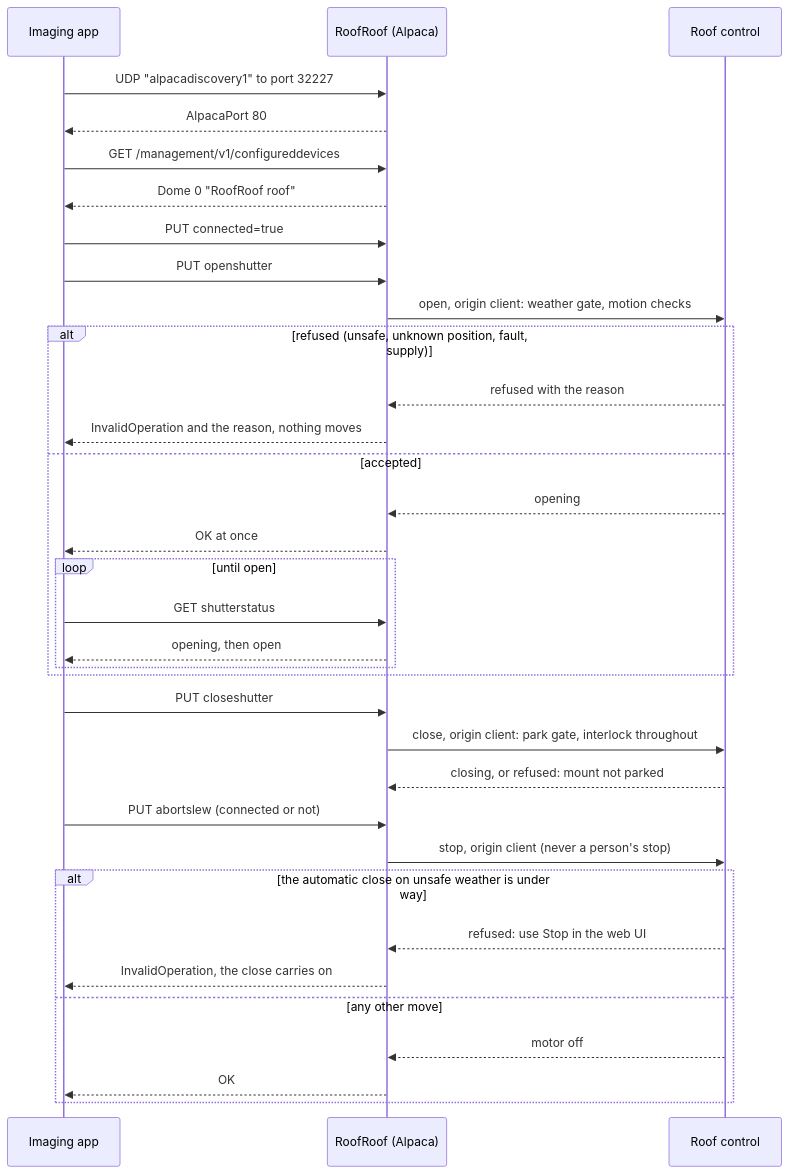
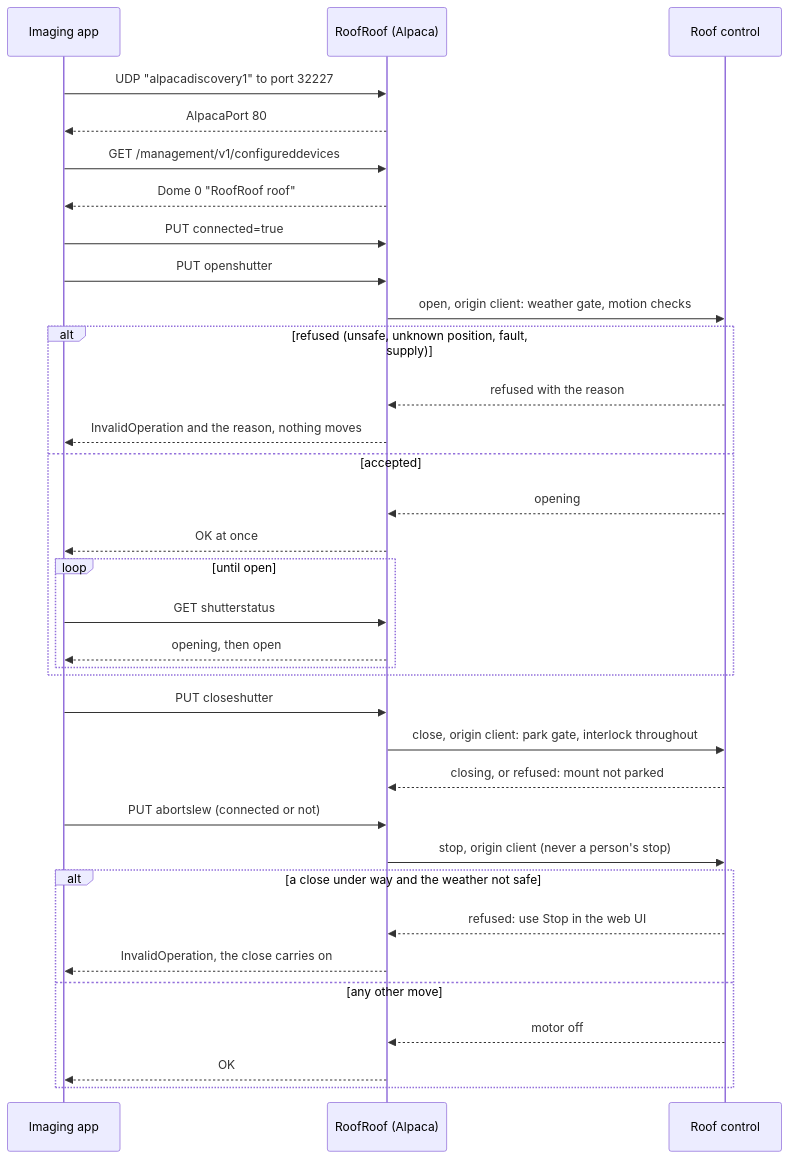
The diagram in docs/user-guide/alpaca.md (DeanJ87/RoofRoof), drawn with Mermaid before and after one commit. The commit also changed other lines of this file and 18 other files, not shown here.

Commit message:
006: third review fixes - a client's stop is refused while any close runs or waits and the weather isn't safe, whoever started it (no origin bookkeeping in the glue); a combined test of client close/stop loops against the real close sequence; docs and spec aligned

````diff
--- a/docs/user-guide/alpaca.md
+++ b/docs/user-guide/alpaca.md
@@ -97,38 +97,38 @@
 ```mermaid
 sequenceDiagram
     accTitle: An imaging app drives the roof's Dome
-    accDescr: The app finds RoofRoof by UDP discovery and lists its one Dome. It connects. OpenShutter goes through the same weather check (and is refused while the roof is closing), and CloseShutter through the same park check, as the web UI's buttons; a refused command returns InvalidOperation with the reason and nothing moves, an accepted one returns at once and the app polls ShutterStatus until open or closed. Open and close need a connected client. AbortSlew stops the roof at once, connected or not, except the automatic close on unsafe weather, which it can't stop; it is never a person's stop.
+    accDescr: The app finds RoofRoof by UDP discovery and lists its one Dome. It connects. OpenShutter goes through the same weather check (and is refused while the roof is closing), and CloseShutter through the same park check, as the web UI's buttons; a refused command returns InvalidOperation with the reason and nothing moves, an accepted one returns at once and the app polls ShutterStatus until open or closed. Open and close need a connected client. AbortSlew stops the roof at once, connected or not, except a close while the weather isn't safe, which it can't stop; it is never a person's stop.
     participant A as Imaging app
     participant R as RoofRoof (Alpaca)
     participant C as Roof control
     A->>R: UDP "alpacadiscovery1" to port 32227
     R-->>A: AlpacaPort 80
     A->>R: GET /management/v1/configureddevices
     R-->>A: Dome 0 "RoofRoof roof"
     A->>R: PUT connected=true
     A->>R: PUT openshutter
     R->>C: open, origin client: weather gate, motion checks
     alt refused (unsafe, unknown position, fault, supply)
         C-->>R: refused with the reason
         R-->>A: InvalidOperation and the reason, nothing moves
     else accepted
         C-->>R: opening
         R-->>A: OK at once
         loop until open
             A->>R: GET shutterstatus
             R-->>A: opening, then open
         end
     end
     A->>R: PUT closeshutter
     R->>C: close, origin client: park gate, interlock throughout
     C-->>R: closing, or refused: mount not parked
     A->>R: PUT abortslew (connected or not)
     R->>C: stop, origin client (never a person's stop)
-    alt the automatic close on unsafe weather is under way
+    alt a close under way and the weather not safe
         C-->>R: refused: use Stop in the web UI
         R-->>A: InvalidOperation, the close carries on
     else any other move
         C-->>R: motor off
         R-->>A: OK
     end
 ```
````
